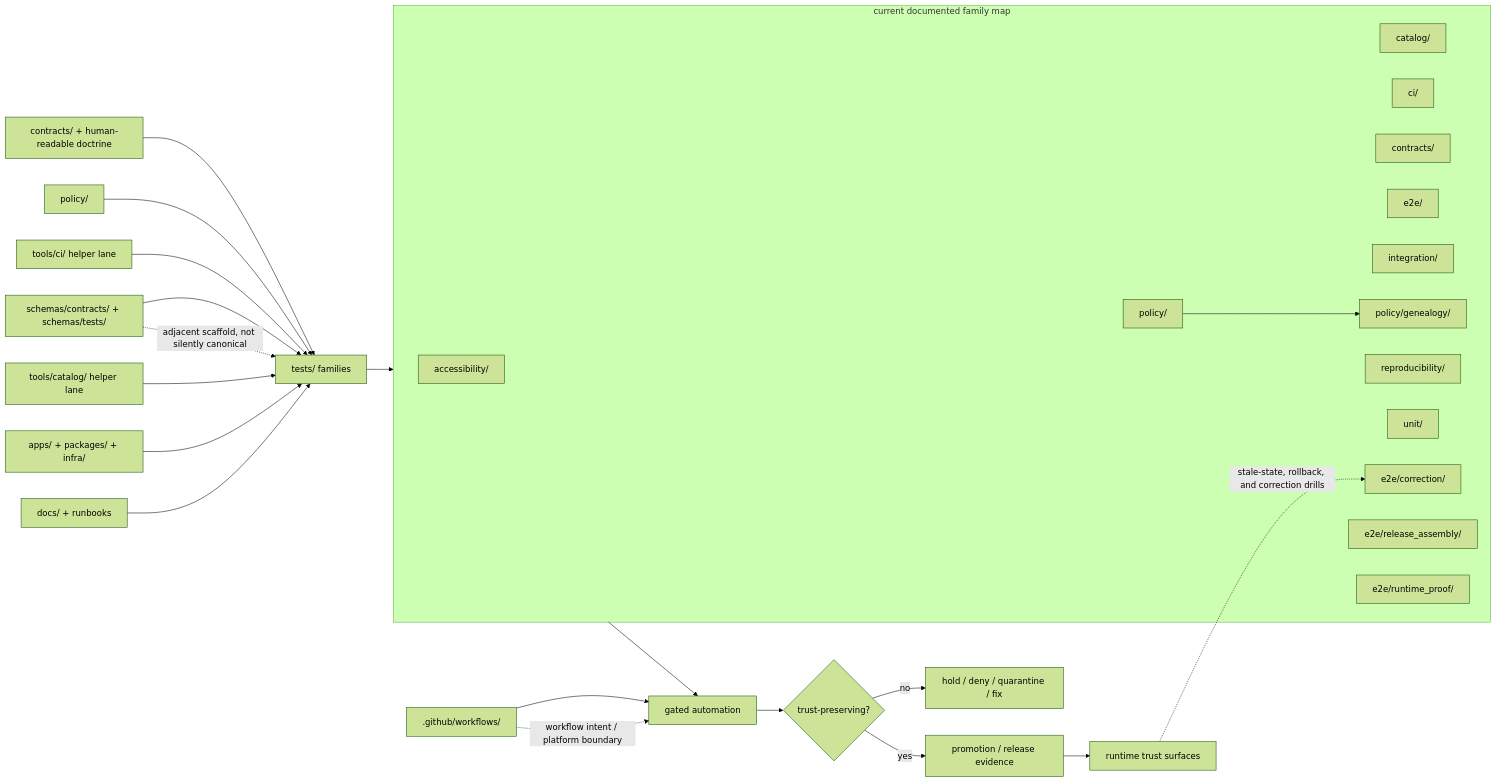
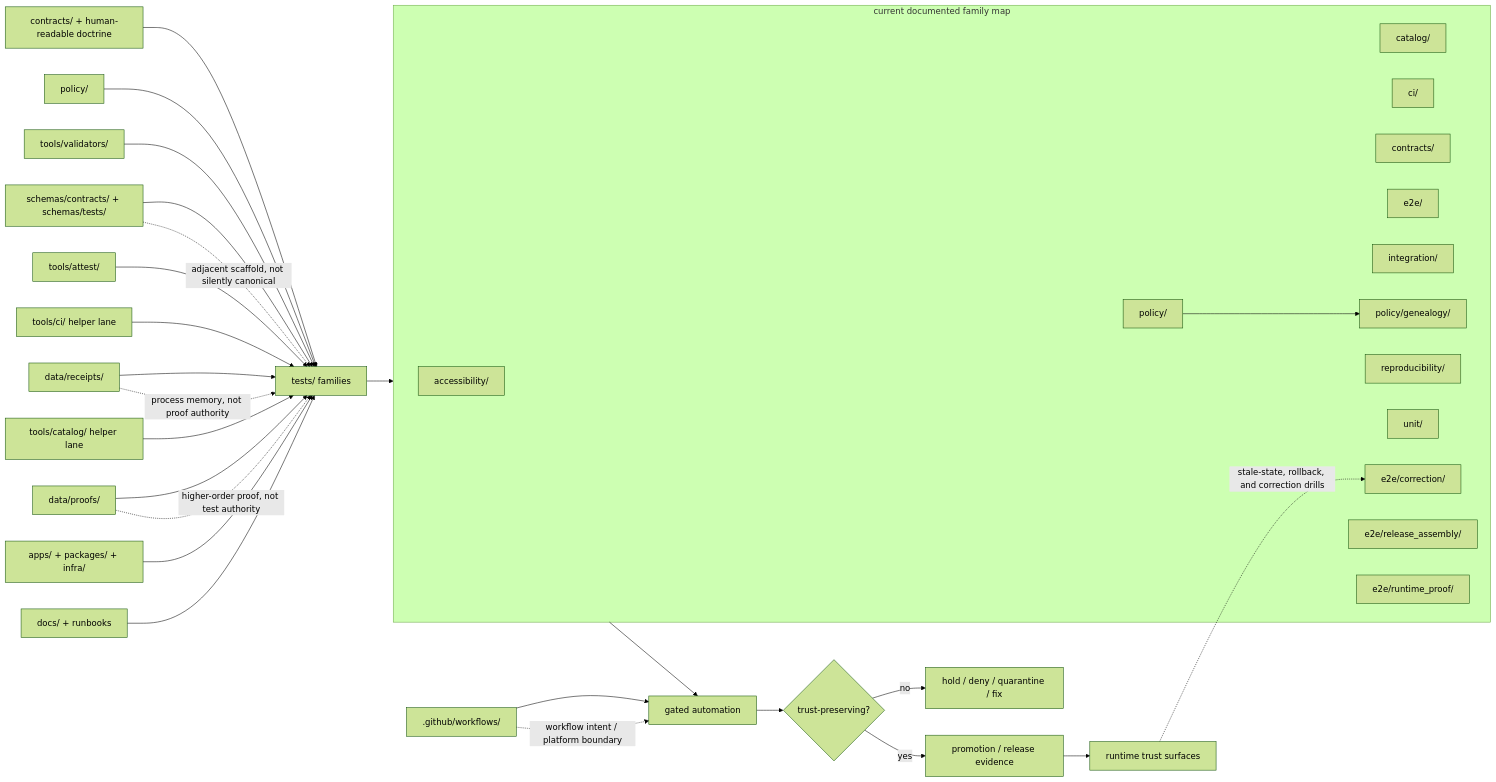
Before and after one commit to bartytime4life/Kansas-Frontier-Matrix: the diagram in tests/README.md, drawn with Mermaid (forest theme). The commit also changed other lines of this file, not shown here.

````diff
--- a/tests/README.md
+++ b/tests/README.md
@@ -487,40 +534,46 @@
 ```mermaid
 flowchart LR
     C["contracts/ + human-readable doctrine"] --> T["tests/ families"]
     SC["schemas/contracts/ + schemas/tests/"] --> T
     P["policy/"] --> T
+    DR["data/receipts/"] --> T
+    DP["data/proofs/"] --> T
+    V["tools/validators/"] --> T
+    AT["tools/attest/"] --> T
     H["tools/ci/ helper lane"] --> T
     HC["tools/catalog/ helper lane"] --> T
     A["apps/ + packages/ + infra/"] --> T
     D["docs/ + runbooks"] --> T
     W[".github/workflows/"] --> G["gated automation"]
 
     subgraph F["current documented family map"]
       AX["accessibility/"]
       CA["catalog/"]
       CI["ci/"]
       K["contracts/"]
       E["e2e/"]
       I["integration/"]
       PO["policy/"]
       PG["policy/genealogy/"]
       R["reproducibility/"]
       U["unit/"]
       EC["e2e/correction/"]
       ER["e2e/release_assembly/"]
       EP["e2e/runtime_proof/"]
     end
 
     T --> F
     PO --> PG
     F --> G
     G --> Q{"trust-preserving?"}
 
     Q -->|no| H2["hold / deny / quarantine / fix"]
     Q -->|yes| PR["promotion / release evidence"]
     PR --> RT["runtime trust surfaces"]
 
     RT -. stale-state, rollback, and correction drills .-> EC
     W -. workflow intent / platform boundary .-> G
     SC -. adjacent scaffold, not silently canonical .-> T
+    DR -. process memory, not proof authority .-> T
+    DP -. higher-order proof, not test authority .-> T
 ```
````
